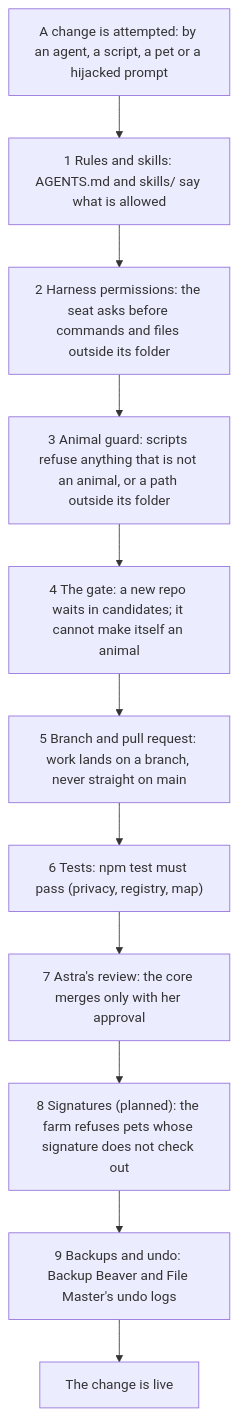
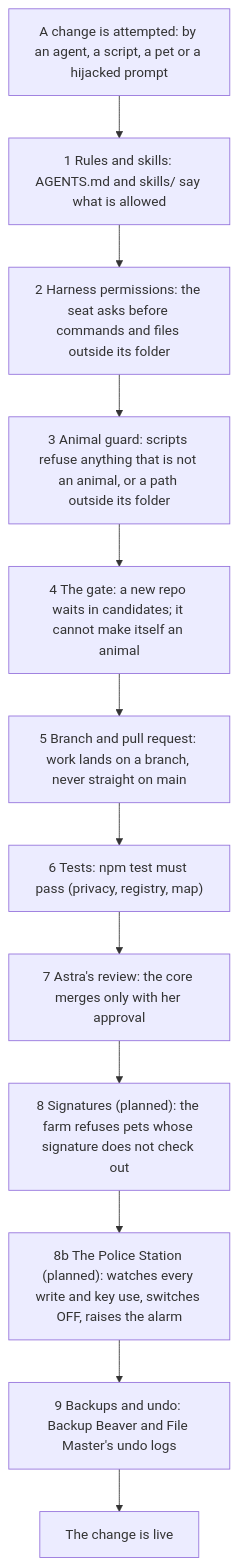
Before and after one commit to findastra/astras-pet-apps: the second of 2 diagrams in PROTECTION-RINGS.md, drawn with Mermaid. The commit also changed other lines of this file and 13 other files, not shown here.

First line of the commit message:
Tools and tricks, grants, agent keys, the Police Station, the Shed

````diff
--- a/PROTECTION-RINGS.md
+++ b/PROTECTION-RINGS.md
@@ -91,13 +91,14 @@
 ```mermaid
 flowchart TB
   A["A change is attempted: by an agent, a script, a pet or a hijacked prompt"] --> L1
   L1["1 Rules and skills: AGENTS.md and skills/ say what is allowed"] --> L2
   L2["2 Harness permissions: the seat asks before commands and files outside its folder"] --> L3
   L3["3 Animal guard: scripts refuse anything that is not an animal, or a path outside its folder"] --> L4
   L4["4 The gate: a new repo waits in candidates; it cannot make itself an animal"] --> L5
   L5["5 Branch and pull request: work lands on a branch, never straight on main"] --> L6
   L6["6 Tests: npm test must pass (privacy, registry, map)"] --> L7
   L7["7 Astra's review: the core merges only with her approval"] --> L8
-  L8["8 Signatures (planned): the farm refuses pets whose signature does not check out"] --> L9
+  L8["8 Signatures (planned): the farm refuses pets whose signature does not check out"] --> L8b
+  L8b["8b The Police Station (planned): watches every write and key use, switches OFF, raises the alarm"] --> L9
   L9["9 Backups and undo: Backup Beaver and File Master's undo logs"] --> OK["The change is live"]
 ```
````
